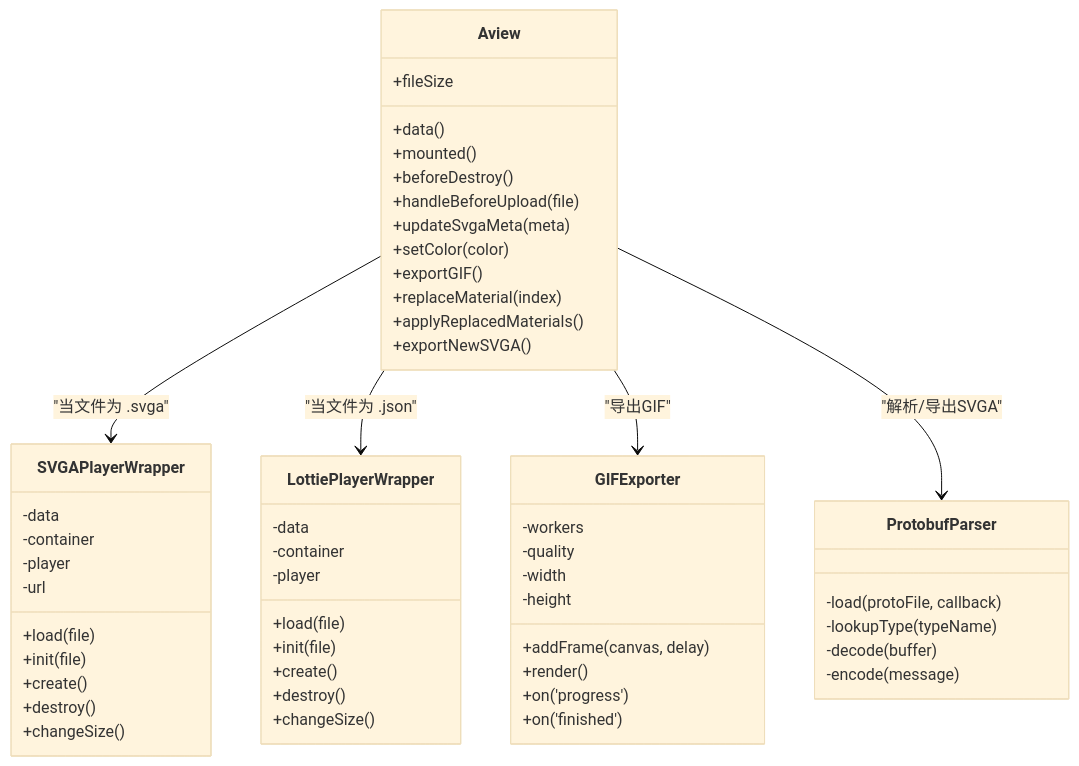
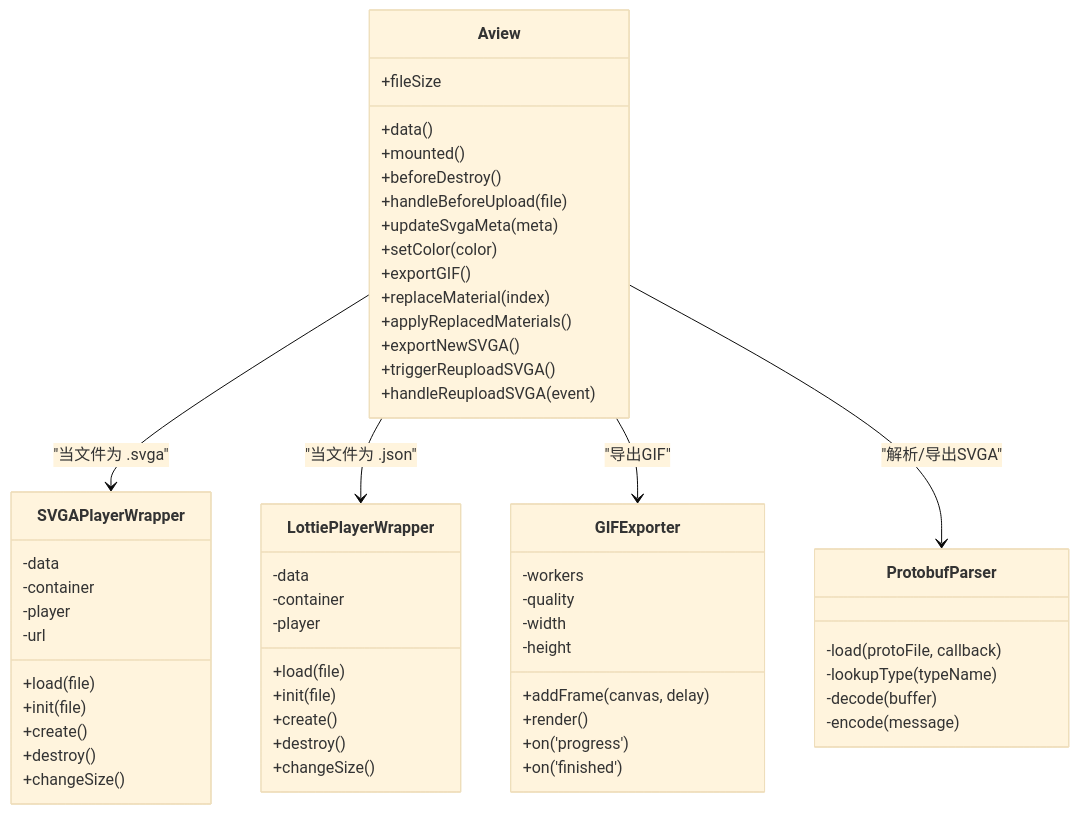
The third of 8 diagrams in .qoder/repowiki/zh/content/核心功能/SVGA动画预览.md (vincentline/svga.preview), drawn with Mermaid (base theme) before and after one commit. The commit also changed other lines of this file and 8 other files, not shown here.

````diff
--- a/.qoder/repowiki/zh/content/核心功能/SVGA动画预览.md
+++ b/.qoder/repowiki/zh/content/核心功能/SVGA动画预览.md
@@ -197,57 +200,59 @@
 ```mermaid
 classDiagram
 class Aview {
 +data()
 +mounted()
 +beforeDestroy()
 +handleBeforeUpload(file)
 +updateSvgaMeta(meta)
 +setColor(color)
 +fileSize
 +exportGIF()
 +replaceMaterial(index)
 +applyReplacedMaterials()
 +exportNewSVGA()
++triggerReuploadSVGA()
++handleReuploadSVGA(event)
 }
 class SVGAPlayerWrapper {
 -data
 -container
 -player
 -url
 +load(file)
 +init(file)
 +create()
 +destroy()
 +changeSize()
 }
 class LottiePlayerWrapper {
 -data
 -container
 -player
 +load(file)
 +init(file)
 +create()
 +destroy()
 +changeSize()
 }
 class GIFExporter {
 -workers
 -quality
 -width
 -height
 +addFrame(canvas, delay)
 +render()
 +on('progress')
 +on('finished')
 }
 class ProtobufParser {
 -load(protoFile, callback)
 -lookupType(typeName)
 -decode(buffer)
 -encode(message)
 }
 Aview --> SVGAPlayerWrapper : "当文件为 .svga"
 Aview --> LottiePlayerWrapper : "当文件为 .json"
 Aview --> GIFExporter : "导出GIF"
 Aview --> ProtobufParser : "解析/导出SVGA"
 ```
````
